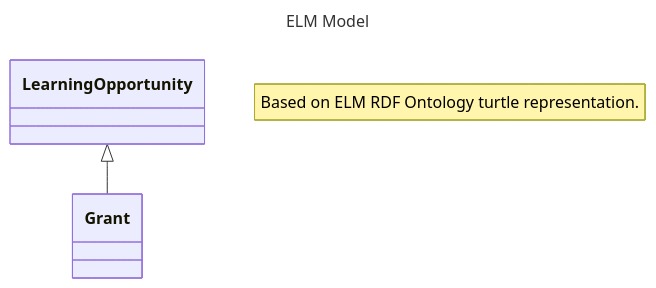
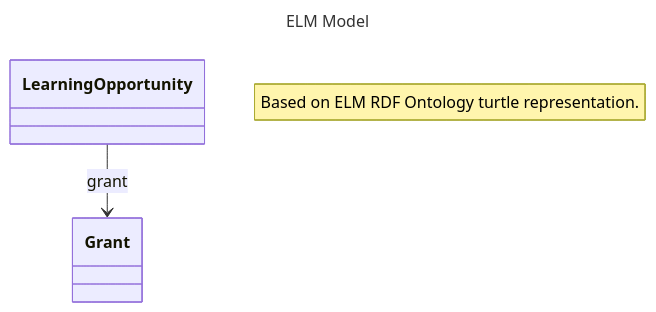
The diagram in elm_model.md (philbarker/ELM_Diag), drawn with Mermaid before and after one commit.

Commit message:
Naming relationship

````diff
--- a/elm_model.md
+++ b/elm_model.md
@@ -2,9 +2,9 @@
 ```mermaid
 ---
 title: ELM Model
 description: European Learning Model data model diagrammed using Mermaid.
 ---
 classDiagram
    note "Based on ELM RDF Ontology turtle representation."
-   LearningOpportunity<|--Grant
+   LearningOpportunity-->Grant : grant
 ```
````
